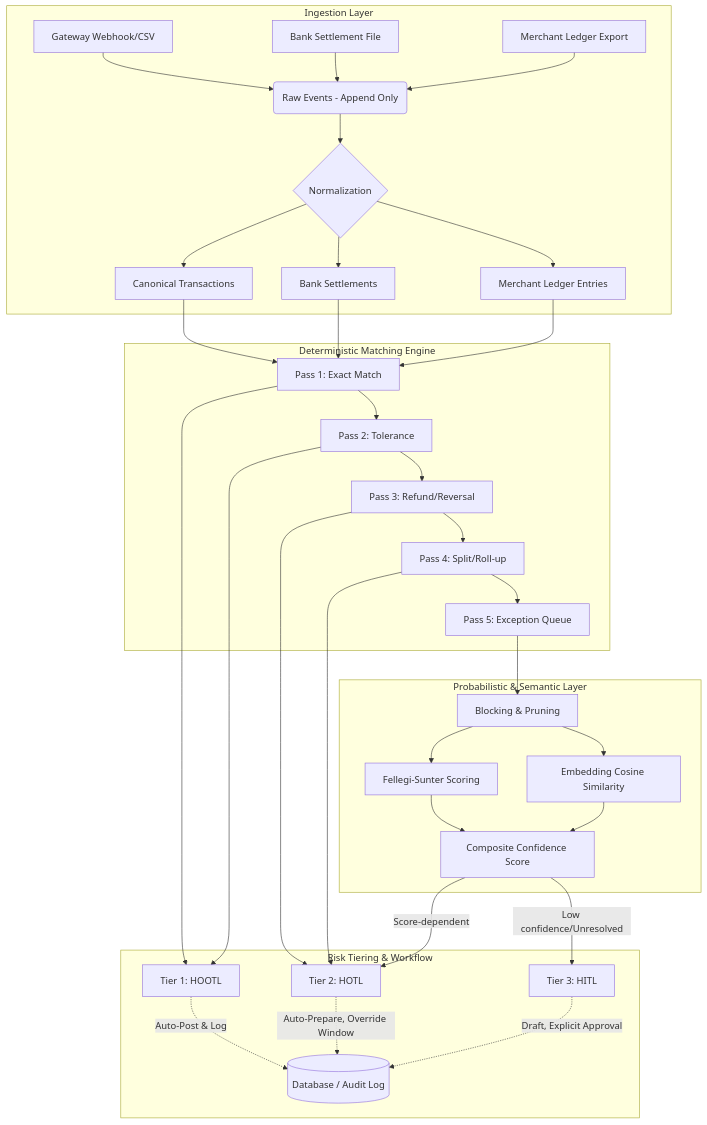
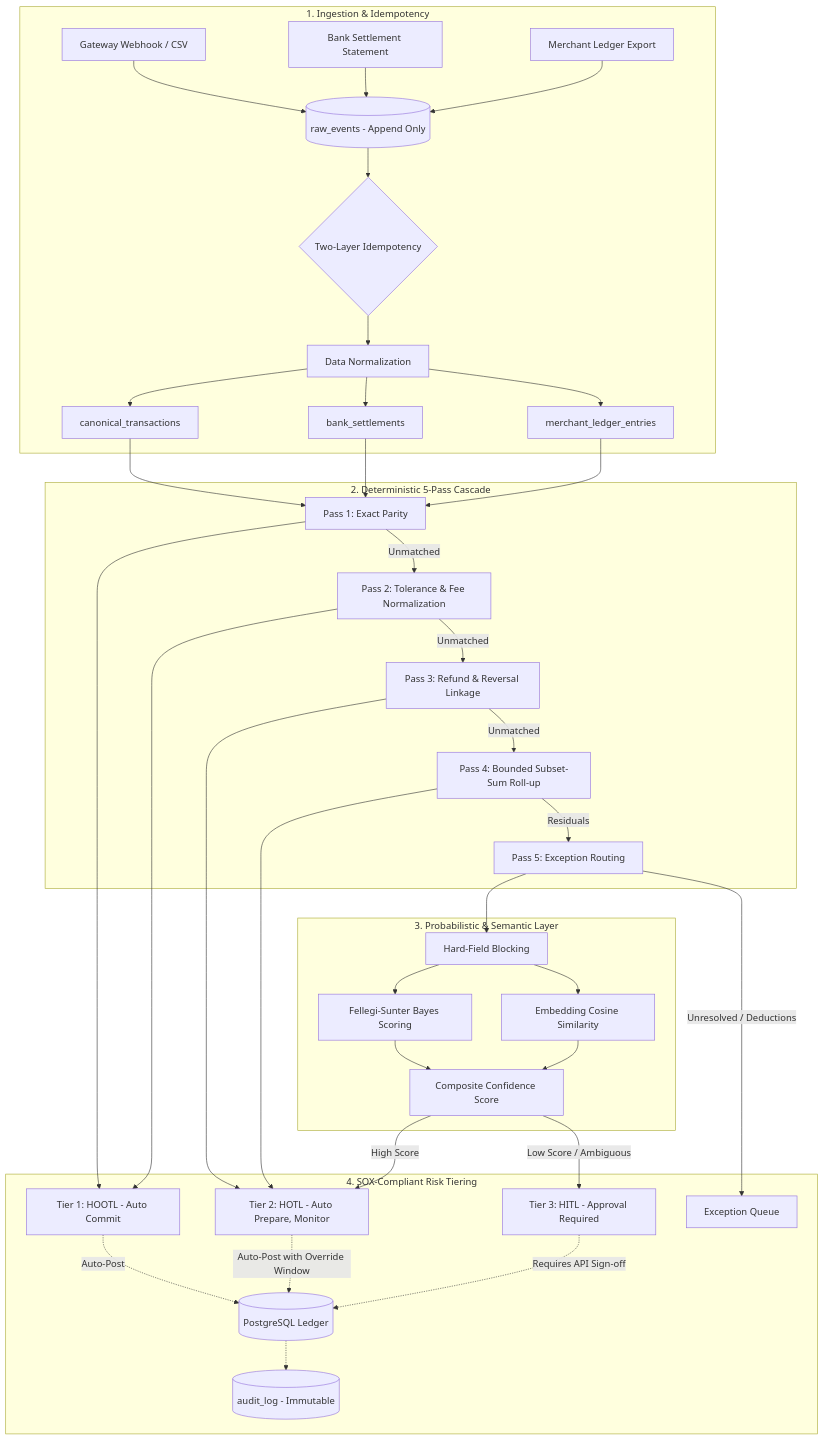
The diagram in README.md (snOOzerr025/Razorpay-Buildathon), drawn with Mermaid before and after one commit. The commit also changed other lines of this file and 26 other files, not shown here.

````diff
--- a/README.md
+++ b/README.md
@@ -21,38 +68,41 @@
 ```mermaid
 graph TD
-    subgraph Ingestion Layer
-        A[Gateway Webhook/CSV] --> D(Raw Events - Append Only)
-        B[Bank Settlement File] --> D
-        C[Merchant Ledger Export] --> D
-        D --> E{Normalization}
-        E --> F[Canonical Transactions]
-        E --> G[Bank Settlements]
-        E --> H[Merchant Ledger Entries]
+    subgraph Ingestion Layer [1. Ingestion & Idempotency]
+        GW[Gateway Webhook / CSV] --> RAW[(raw_events - Append Only)]
+        BK[Bank Settlement Statement] --> RAW
+        MER[Merchant Ledger Export] --> RAW
+        RAW --> IDEMP{Two-Layer Idempotency}
+        IDEMP --> NORM[Data Normalization]
+        NORM --> CT[canonical_transactions]
+        NORM --> BS[bank_settlements]
+        NORM --> ML[merchant_ledger_entries]
     end
 
-    subgraph Deterministic Matching Engine
-        F & G & H --> Pass1[Pass 1: Exact Match]
-        Pass1 --> Pass2[Pass 2: Tolerance]
-        Pass2 --> Pass3[Pass 3: Refund/Reversal]
-        Pass3 --> Pass4[Pass 4: Split/Roll-up]
-        Pass4 --> Exceptions[Pass 5: Exception Queue]
+    subgraph Deterministic Core [2. Deterministic 5-Pass Cascade]
+        CT & BS & ML --> P1[Pass 1: Exact Parity]
+        P1 -->|Unmatched| P2[Pass 2: Tolerance & Fee Normalization]
+        P2 -->|Unmatched| P3[Pass 3: Refund & Reversal Linkage]
+        P3 -->|Unmatched| P4[Pass 4: Bounded Subset-Sum Roll-up]
+        P4 -->|Residuals| P5[Pass 5: Exception Routing]
     end
 
-    subgraph Probabilistic & Semantic Layer
-        Exceptions --> Block[Blocking & Pruning]
-        Block --> FS[Fellegi-Sunter Scoring]
-        Block --> Embed[Embedding Cosine Similarity]
-        FS & Embed --> CompScore[Composite Confidence Score]
+    subgraph AI Layer [3. Probabilistic & Semantic Layer]
+        P5 --> BLOCK[Hard-Field Blocking]
+        BLOCK --> FS[Fellegi-Sunter Bayes Scoring]
+        BLOCK --> EMBED[Embedding Cosine Similarity]
+        FS & EMBED --> SCORE[Composite Confidence Score]
     end
 
-    subgraph Risk Tiering & Workflow
-        Pass1 & Pass2 --> HOOTL[Tier 1: HOOTL]
-        Pass3 & Pass4 --> HOTL[Tier 2: HOTL]
-        CompScore -->|Score-dependent| HOTL
-        CompScore -->|Low confidence/Unresolved| HITL[Tier 3: HITL]
+    subgraph Risk Tiering [4. SOX-Compliant Risk Tiering]
+        P1 & P2 --> TIER1[Tier 1: HOOTL - Auto Commit]
+        P3 & P4 --> TIER2[Tier 2: HOTL - Auto Prepare, Monitor]
+        SCORE -->|High Score| TIER2
+        SCORE -->|Low Score / Ambiguous| TIER3[Tier 3: HITL - Approval Required]
+        P5 -->|Unresolved / Deductions| EXCEPT[Exception Queue]
         
-        HOOTL -.->|Auto-Post & Log| DB[(Database / Audit Log)]
-        HOTL -.->|Auto-Prepare, Override Window| DB
-        HITL -.->|Draft, Explicit Approval| DB
+        TIER1 -.->|Auto-Post| DB[(PostgreSQL Ledger)]
+        TIER2 -.->|Auto-Post with Override Window| DB
+        TIER3 -.->|Requires API Sign-off| DB
+        DB -.-> AUDIT[(audit_log - Immutable)]
     end
 ```
````
